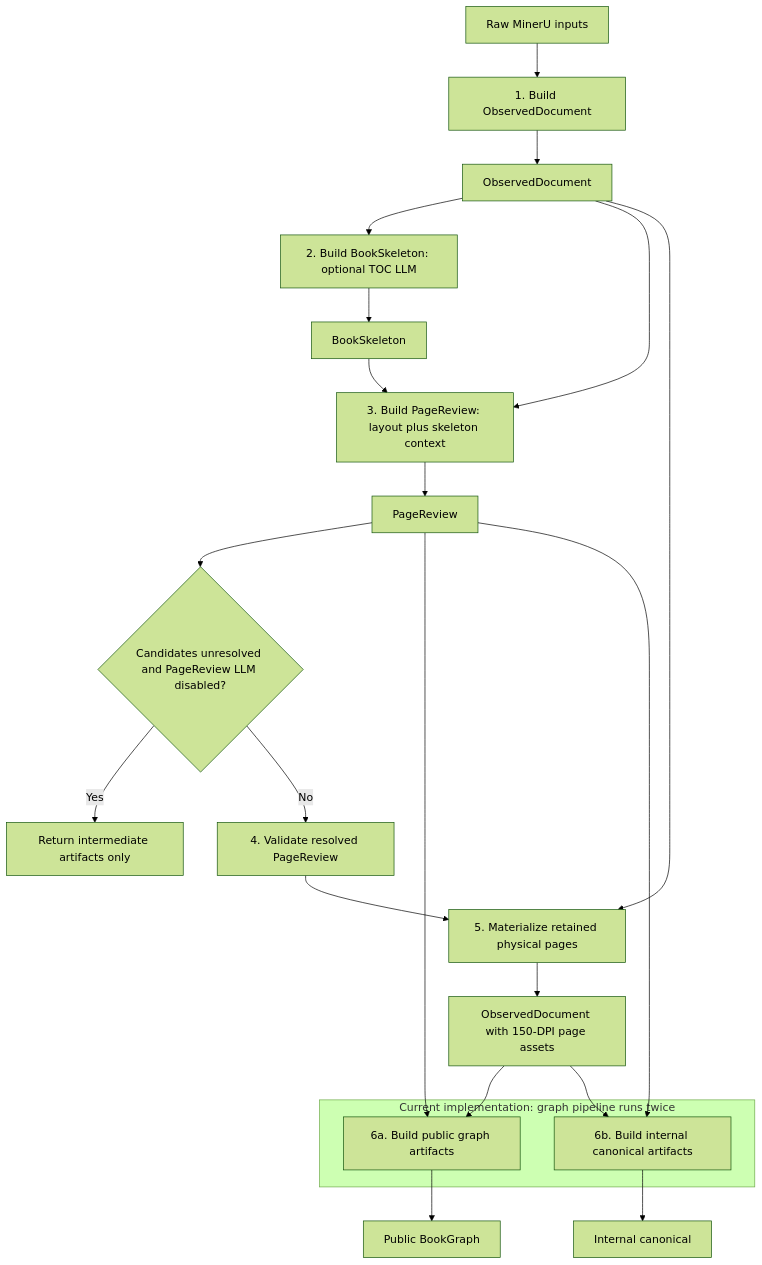
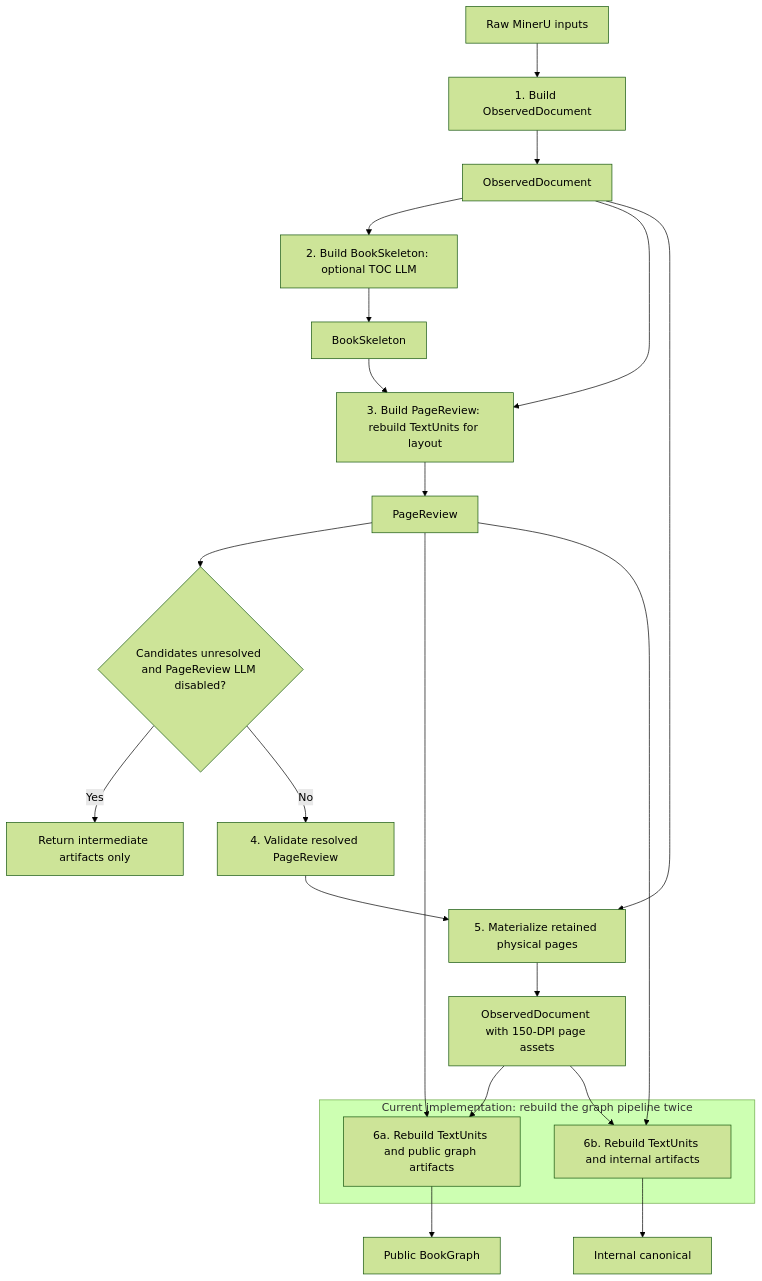
The second of 2 diagrams in docs/architecture.md (jenslewie/inkline), drawn with Mermaid (forest theme) before and after one commit. The commit also changed other lines of this file and 5 other files, not shown here.

````diff
--- a/docs/architecture.md
+++ b/docs/architecture.md
@@ -85,31 +117,31 @@
 ```mermaid
 flowchart TD
     raw["Raw MinerU inputs"] --> build_observed["1. Build ObservedDocument"]
     build_observed --> observed["ObservedDocument"]
 
     observed --> build_skeleton["2. Build BookSkeleton: optional TOC LLM"]
     build_skeleton --> skeleton["BookSkeleton"]
 
-    observed --> build_review["3. Build PageReview: layout plus skeleton context"]
+    observed --> build_review["3. Build PageReview: rebuild TextUnits for layout"]
     skeleton --> build_review
     build_review --> page_review["PageReview"]
 
     page_review --> unresolved{"Candidates unresolved and PageReview LLM disabled?"}
     unresolved -->|"Yes"| intermediate["Return intermediate artifacts only"]
     unresolved -->|"No"| validate["4. Validate resolved PageReview"]
 
     observed --> materialize["5. Materialize retained physical pages"]
     validate --> materialize
     materialize --> observed_assets["ObservedDocument with 150-DPI page assets"]
 
-    subgraph duplicated_build["Current implementation: graph pipeline runs twice"]
-        public_builder["6a. Build public graph artifacts"]
-        internal_builder["6b. Build internal canonical artifacts"]
+    subgraph duplicated_build["Current implementation: rebuild the graph pipeline twice"]
+        public_builder["6a. Rebuild TextUnits and public graph artifacts"]
+        internal_builder["6b. Rebuild TextUnits and internal artifacts"]
     end
     observed_assets --> public_builder
     page_review --> public_builder
     observed_assets --> internal_builder
     page_review --> internal_builder
     public_builder --> public_graph["Public BookGraph"]
     internal_builder --> internal_canonical["Internal canonical"]
 ```
````
